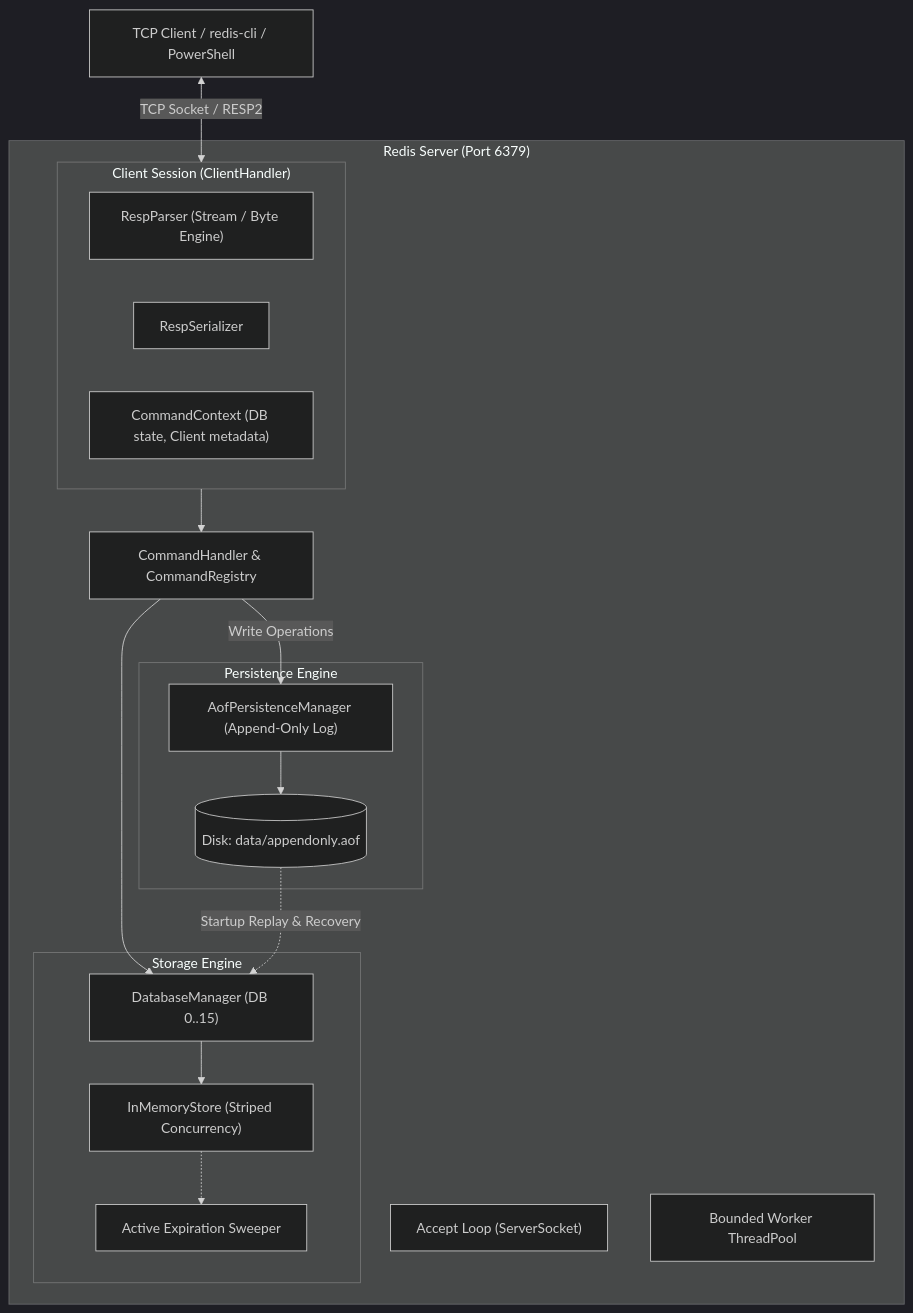
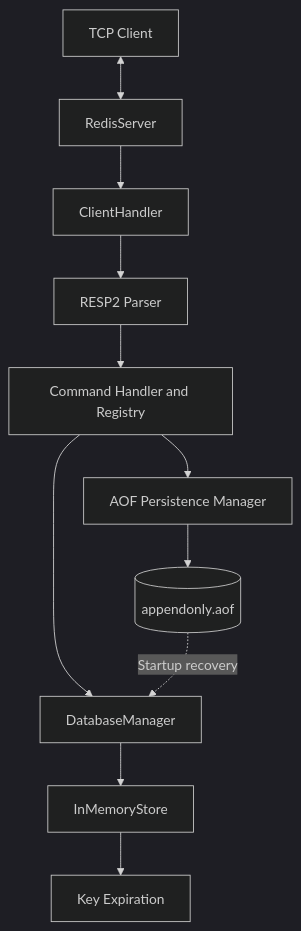
Before and after one commit to jaisandeep842/REDIS-SERVER: the diagram in README.md, drawn with Mermaid (dark theme). The commit also changed other lines of this file, not shown here.

````diff
--- a/README.md
+++ b/README.md
@@ -9,37 +21,24 @@
 ```mermaid
 flowchart TD
-    Client[TCP Client / redis-cli / PowerShell]
-    
-    subgraph Server ["Redis Server (Port 6379)"]
-        AcceptThread["Accept Loop (ServerSocket)"]
-        WorkerPool["Bounded Worker ThreadPool"]
-        
-        subgraph Session ["Client Session (ClientHandler)"]
-            Parser["RespParser (Stream / Byte Engine)"]
-            Serializer["RespSerializer"]
-            Context["CommandContext (DB state, Client metadata)"]
-        end
-        
-        Dispatcher["CommandHandler & CommandRegistry"]
-        
-        subgraph StorageEngine ["Storage Engine"]
-            DBMgr["DatabaseManager (DB 0..15)"]
-            Store["InMemoryStore (Striped Concurrency)"]
-            ExpSweeper["Active Expiration Sweeper"]
-        end
-        
-        subgraph PersistenceEngine ["Persistence Engine"]
-            AOF["AofPersistenceManager (Append-Only Log)"]
-            Disk[("Disk: data/appendonly.aof")]
-        end
-    end
+    Client["TCP Client"]
+    Server["RedisServer"]
+    Handler["ClientHandler"]
+    Parser["RESP2 Parser"]
+    Dispatcher["Command Handler and Registry"]
+    DB["DatabaseManager"]
+    Store["InMemoryStore"]
+    TTL["Key Expiration"]
+    AOF["AOF Persistence Manager"]
+    Disk[("appendonly.aof")]
 
-    Client <-->|TCP Socket / RESP2| Session
-    Session --> Dispatcher
-    Dispatcher --> DBMgr
-    DBMgr --> Store
-    Store -.-> ExpSweeper
-    Dispatcher -->|Write Operations| AOF
+    Client <--> Server
+    Server --> Handler
+    Handler --> Parser
+    Parser --> Dispatcher
+    Dispatcher --> DB
+    DB --> Store
+    Store --> TTL
+    Dispatcher --> AOF
     AOF --> Disk
-    Disk -.->|Startup Replay & Recovery| DBMgr
+    Disk -. "Startup recovery" .-> DB
 ```
````
